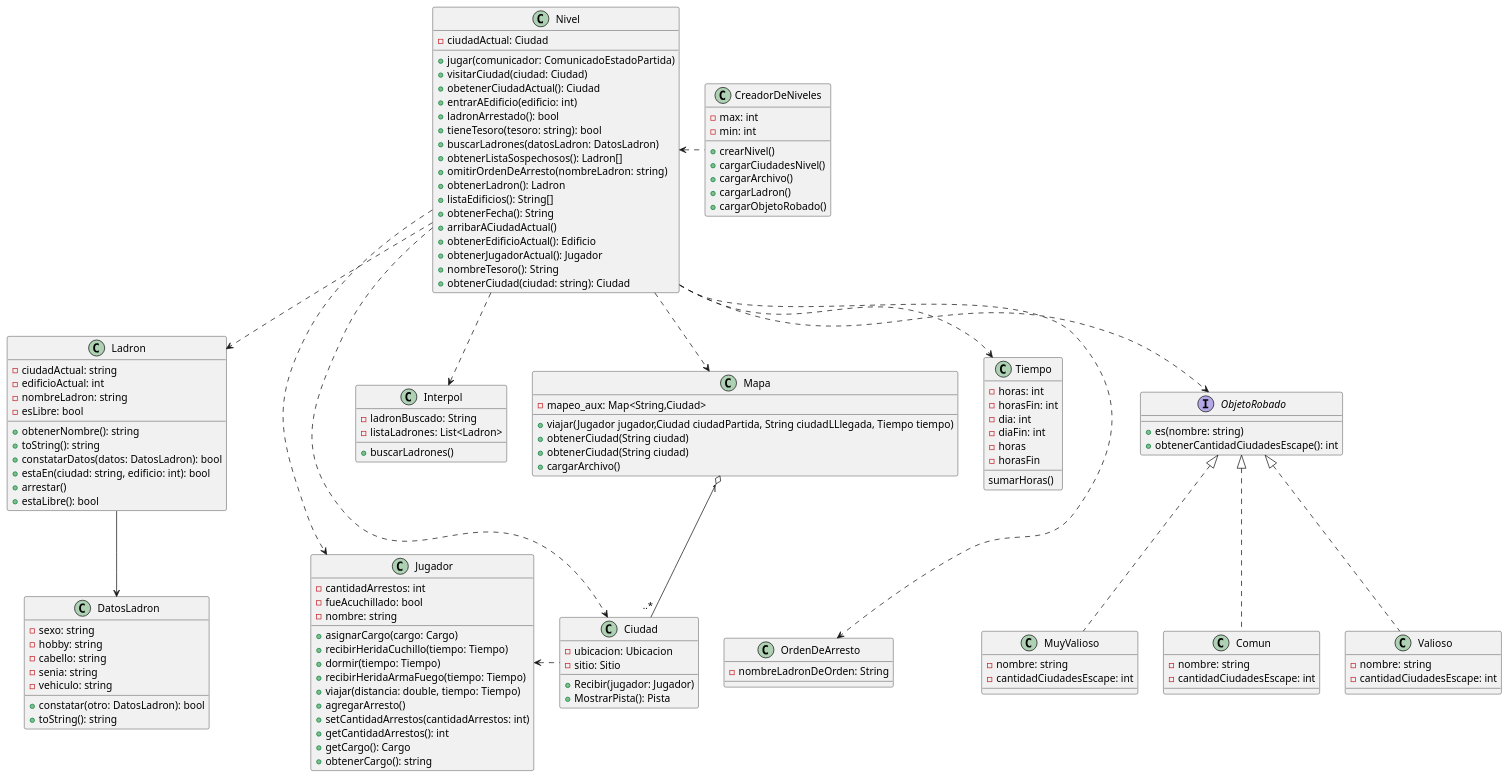
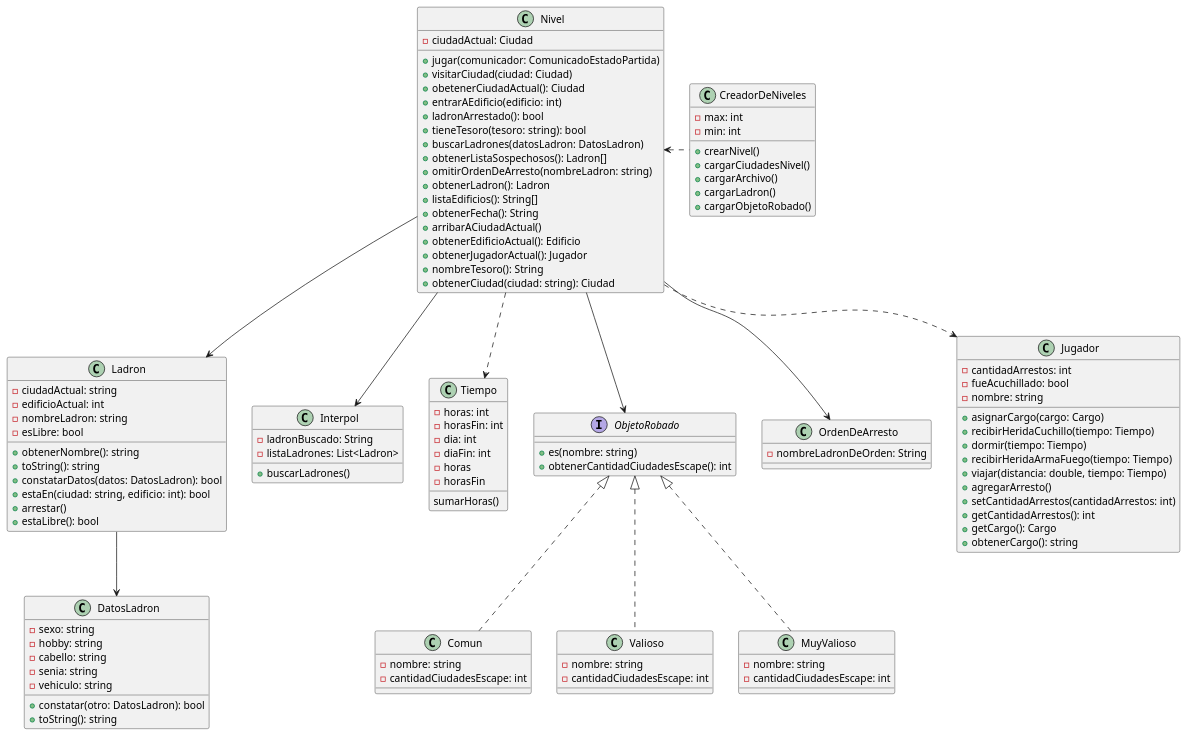
One commit to arilow/Algo3_TP2 changed the diagram in diagrams/classes/DC_2.puml. Above: the diagram before and after it, drawn with PlantUML. The commit also changed 2 other files, not shown here.

Commit message:
Fotos diagramas de clase

```diff
--- a/diagrams/classes/DC_2.puml
+++ b/diagrams/classes/DC_2.puml
@@ -1,156 +1,139 @@
 @startuml algoThief
 
 together {
     class Nivel {
         - ciudadActual: Ciudad
         + jugar(comunicador: ComunicadoEstadoPartida)
         + visitarCiudad(ciudad: Ciudad)
         + obetenerCiudadActual(): Ciudad
         + entrarAEdificio(edificio: int)
         + ladronArrestado(): bool
         + tieneTesoro(tesoro: string): bool
         + buscarLadrones(datosLadron: DatosLadron)
         + obtenerListaSospechosos(): Ladron[]
         + omitirOrdenDeArresto(nombreLadron: string)
         + obtenerLadron(): Ladron
         + listaEdificios(): String[]
         + obtenerFecha(): String
         + arribarACiudadActual()
         + obtenerEdificioActual(): Edificio
         + obtenerJugadorActual(): Jugador
         + nombreTesoro(): String
         + obtenerCiudad(ciudad: string): Ciudad
     }
 
     class CreadorDeNiveles {
         - max: int
         - min: int
         + crearNivel()
         + cargarCiudadesNivel()
         + cargarArchivo()
         + cargarLadron()
         + cargarObjetoRobado()
     }
 }
 
 together {
     class Jugador {
         - cantidadArrestos: int
         - fueAcuchillado: bool
         - nombre: string
         + asignarCargo(cargo: Cargo)
         + recibirHeridaCuchillo(tiempo: Tiempo)
         + dormir(tiempo: Tiempo)
         + recibirHeridaArmaFuego(tiempo: Tiempo)
         + viajar(distancia: double, tiempo: Tiempo)
         + agregarArresto()
         + setCantidadArrestos(cantidadArrestos: int)
         + getCantidadArrestos(): int
         + getCargo(): Cargo
         + obtenerCargo(): string
     }
 
-    class Ciudad {
-        - ubicacion: Ubicacion
-        - sitio: Sitio
-        + Recibir(jugador: Jugador)
-        + MostrarPista(): Pista
-    }
-
     class OrdenDeArresto{
     - nombreLadronDeOrden: String
     }
 }
 
 class Ladron {
     - ciudadActual: string
     - edificioActual: int
     - nombreLadron: string
     - esLibre: bool
     + obtenerNombre(): string
     + toString(): string
     + constatarDatos(datos: DatosLadron): bool
     + estaEn(ciudad: string, edificio: int): bool
     + arrestar()
     + estaLibre(): bool
 }
-
 class Interpol {
     - ladronBuscado: String
     - listaLadrones: List<Ladron>
     + buscarLadrones()
 }
-
-class Mapa {
-    - mapeo_aux: Map<String,Ciudad>
-    + viajar(Jugador jugador,Ciudad ciudadPartida, String ciudadLLlegada, Tiempo tiempo)
-    + obtenerCiudad(String ciudad)
-    + obtenerCiudad(String ciudad)
-    + cargarArchivo()
-}
-
 
 
 class Tiempo {
     - horas: int
     - horasFin: int
     - dia: int
     - diaFin: int
 }
 
 class Ladron{}
 class DatosLadron{
     - sexo: string
     - hobby: string
     - cabello: string
     - senia: string
     - vehiculo: string
     + constatar(otro: DatosLadron): bool
     + toString(): string
 }
 
 interface ObjetoRobado{
     + es(nombre: string)
     + obtenerCantidadCiudadesEscape(): int
 }
 class Comun{
     - nombre: string
     - cantidadCiudadesEscape: int
 }
 class Valioso{
     - nombre: string
     - cantidadCiudadesEscape: int
 }
 class MuyValioso{
     - nombre: string
     - cantidadCiudadesEscape: int
 }
 
 class Tiempo {
     - horas
     - horasFin
     sumarHoras()
 }
 
 Ladron --> DatosLadron
 
 ObjetoRobado <|.. Comun
 ObjetoRobado <|.. Valioso
 ObjetoRobado <|.. MuyValioso
 
-Nivel ..> Ciudad
-Nivel ..> Ladron
-Nivel ..> Interpol
-Nivel ..> OrdenDeArresto
-Nivel ..> Mapa
+
+
+Nivel --> Ladron
+Nivel --> Interpol
+Nivel --> OrdenDeArresto
+
 Nivel ..> Tiempo
-Nivel ..> ObjetoRobado
-Mapa "1" o-- "..*"Ciudad
+Nivel --> ObjetoRobado
+
 
 CreadorDeNiveles .left> Nivel
 Jugador <.up. Nivel
 
-Jugador <. Ciudad
 
 
 @enduml
```
